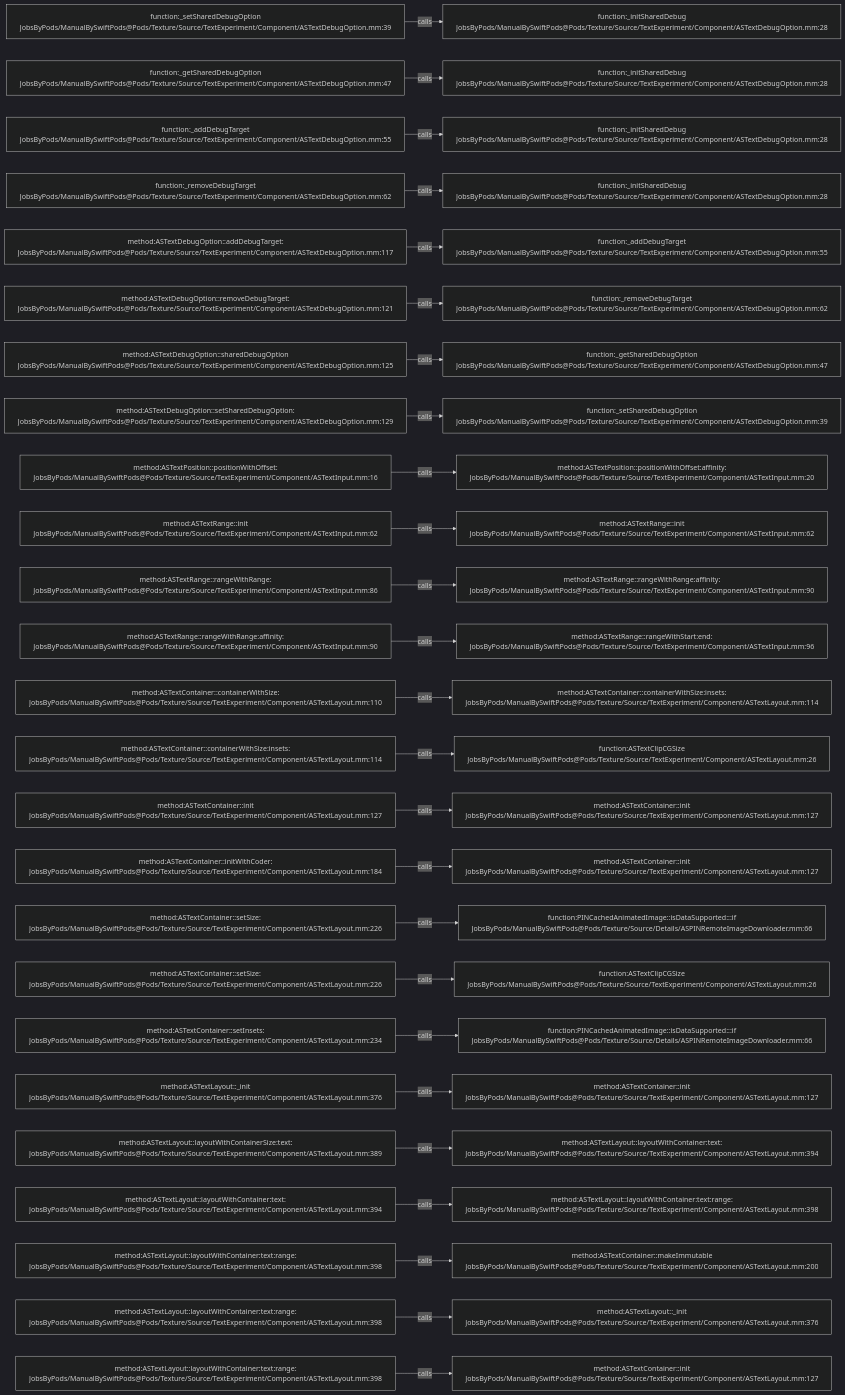
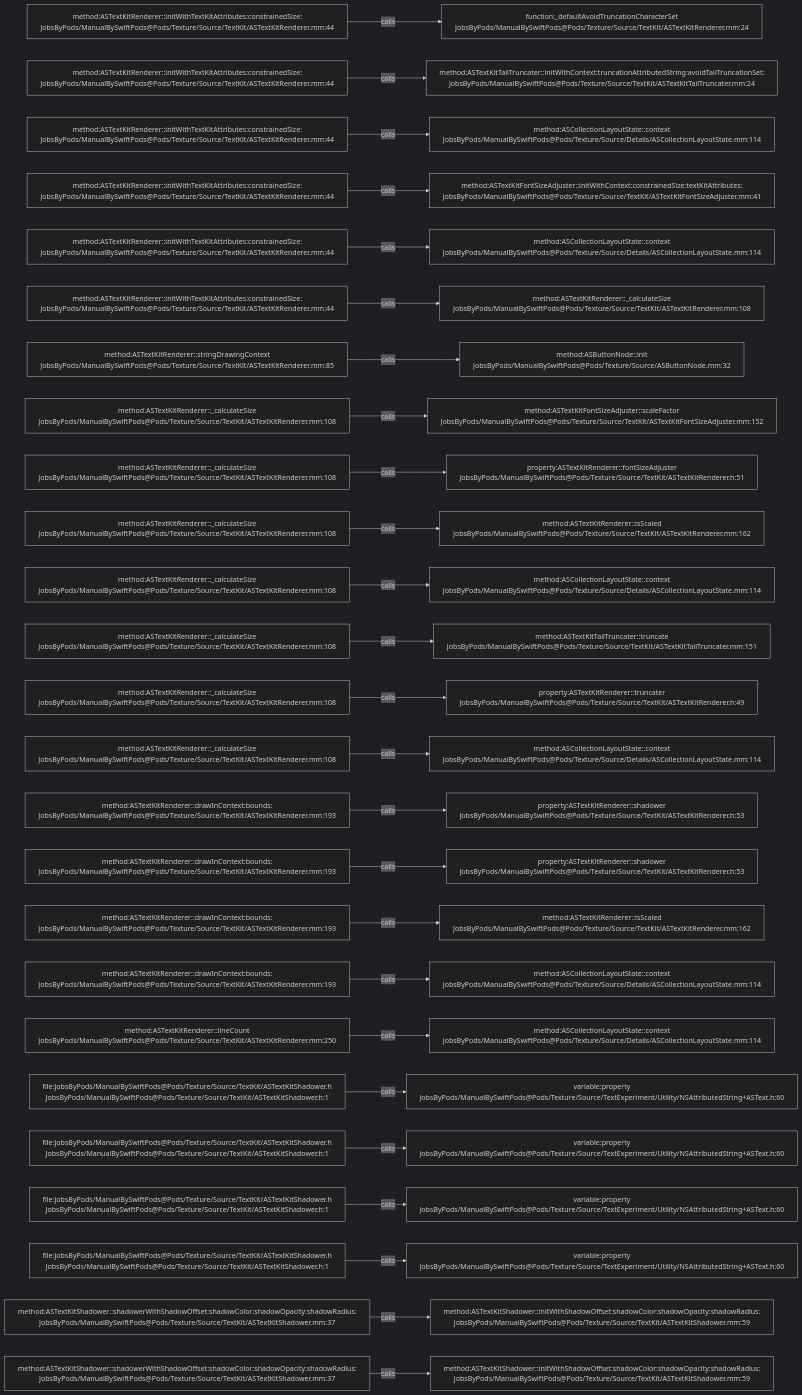
Before and after one commit to JobsKits/JobsSwiftBaseConfigDemo: the diagram in .codegraph/codegraph.md/graphs/calls-150.md, drawn with Mermaid (dark theme). The commit also changed 832 other files, not shown here.

````diff
--- a/.codegraph/codegraph.md/graphs/calls-150.md
+++ b/.codegraph/codegraph.md/graphs/calls-150.md
@@ -13,78 +13,78 @@
 ```mermaid
 flowchart LR
-  S1["function:_setSharedDebugOption<br/>JobsByPods/ManualBySwiftPods@Pods/Texture/Source/TextExperiment/Component/ASTextDebugOption.mm:39"]
-  T1["function:_initSharedDebug<br/>JobsByPods/ManualBySwiftPods@Pods/Texture/Source/TextExperiment/Component/ASTextDebugOption.mm:28"]
+  S1["method:ASTextKitRenderer::initWithTextKitAttributes:constrainedSize:<br/>JobsByPods/ManualBySwiftPods@Pods/Texture/Source/TextKit/ASTextKitRenderer.mm:44"]
+  T1["function:_defaultAvoidTruncationCharacterSet<br/>JobsByPods/ManualBySwiftPods@Pods/Texture/Source/TextKit/ASTextKitRenderer.mm:24"]
   S1 -->|calls| T1
-  S2["function:_getSharedDebugOption<br/>JobsByPods/ManualBySwiftPods@Pods/Texture/Source/TextExperiment/Component/ASTextDebugOption.mm:47"]
-  T2["function:_initSharedDebug<br/>JobsByPods/ManualBySwiftPods@Pods/Texture/Source/TextExperiment/Component/ASTextDebugOption.mm:28"]
+  S2["method:ASTextKitRenderer::initWithTextKitAttributes:constrainedSize:<br/>JobsByPods/ManualBySwiftPods@Pods/Texture/Source/TextKit/ASTextKitRenderer.mm:44"]
+  T2["method:ASTextKitTailTruncater::initWithContext:truncationAttributedString:avoidTailTruncationSet:<br/>JobsByPods/ManualBySwiftPods@Pods/Texture/Source/TextKit/ASTextKitTailTruncater.mm:24"]
   S2 -->|calls| T2
-  S3["function:_addDebugTarget<br/>JobsByPods/ManualBySwiftPods@Pods/Texture/Source/TextExperiment/Component/ASTextDebugOption.mm:55"]
-  T3["function:_initSharedDebug<br/>JobsByPods/ManualBySwiftPods@Pods/Texture/Source/TextExperiment/Component/ASTextDebugOption.mm:28"]
+  S3["method:ASTextKitRenderer::initWithTextKitAttributes:constrainedSize:<br/>JobsByPods/ManualBySwiftPods@Pods/Texture/Source/TextKit/ASTextKitRenderer.mm:44"]
+  T3["method:ASCollectionLayoutState::context<br/>JobsByPods/ManualBySwiftPods@Pods/Texture/Source/Details/ASCollectionLayoutState.mm:114"]
   S3 -->|calls| T3
-  S4["function:_removeDebugTarget<br/>JobsByPods/ManualBySwiftPods@Pods/Texture/Source/TextExperiment/Component/ASTextDebugOption.mm:62"]
-  T4["function:_initSharedDebug<br/>JobsByPods/ManualBySwiftPods@Pods/Texture/Source/TextExperiment/Component/ASTextDebugOption.mm:28"]
+  S4["method:ASTextKitRenderer::initWithTextKitAttributes:constrainedSize:<br/>JobsByPods/ManualBySwiftPods@Pods/Texture/Source/TextKit/ASTextKitRenderer.mm:44"]
+  T4["method:ASTextKitFontSizeAdjuster::initWithContext:constrainedSize:textKitAttributes:<br/>JobsByPods/ManualBySwiftPods@Pods/Texture/Source/TextKit/ASTextKitFontSizeAdjuster.mm:41"]
   S4 -->|calls| T4
-  S5["method:ASTextDebugOption::addDebugTarget:<br/>JobsByPods/ManualBySwiftPods@Pods/Texture/Source/TextExperiment/Component/ASTextDebugOption.mm:117"]
-  T5["function:_addDebugTarget<br/>JobsByPods/ManualBySwiftPods@Pods/Texture/Source/TextExperiment/Component/ASTextDebugOption.mm:55"]
+  S5["method:ASTextKitRenderer::initWithTextKitAttributes:constrainedSize:<br/>JobsByPods/ManualBySwiftPods@Pods/Texture/Source/TextKit/ASTextKitRenderer.mm:44"]
+  T5["method:ASCollectionLayoutState::context<br/>JobsByPods/ManualBySwiftPods@Pods/Texture/Source/Details/ASCollectionLayoutState.mm:114"]
   S5 -->|calls| T5
-  S6["method:ASTextDebugOption::removeDebugTarget:<br/>JobsByPods/ManualBySwiftPods@Pods/Texture/Source/TextExperiment/Component/ASTextDebugOption.mm:121"]
-  T6["function:_removeDebugTarget<br/>JobsByPods/ManualBySwiftPods@Pods/Texture/Source/TextExperiment/Component/ASTextDebugOption.mm:62"]
+  S6["method:ASTextKitRenderer::initWithTextKitAttributes:constrainedSize:<br/>JobsByPods/ManualBySwiftPods@Pods/Texture/Source/TextKit/ASTextKitRenderer.mm:44"]
+  T6["method:ASTextKitRenderer::_calculateSize<br/>JobsByPods/ManualBySwiftPods@Pods/Texture/Source/TextKit/ASTextKitRenderer.mm:108"]
   S6 -->|calls| T6
-  S7["method:ASTextDebugOption::sharedDebugOption<br/>JobsByPods/ManualBySwiftPods@Pods/Texture/Source/TextExperiment/Component/ASTextDebugOption.mm:125"]
-  T7["function:_getSharedDebugOption<br/>JobsByPods/ManualBySwiftPods@Pods/Texture/Source/TextExperiment/Component/ASTextDebugOption.mm:47"]
+  S7["method:ASTextKitRenderer::stringDrawingContext<br/>JobsByPods/ManualBySwiftPods@Pods/Texture/Source/TextKit/ASTextKitRenderer.mm:85"]
+  T7["method:ASButtonNode::init<br/>JobsByPods/ManualBySwiftPods@Pods/Texture/Source/ASButtonNode.mm:32"]
   S7 -->|calls| T7
-  S8["method:ASTextDebugOption::setSharedDebugOption:<br/>JobsByPods/ManualBySwiftPods@Pods/Texture/Source/TextExperiment/Component/ASTextDebugOption.mm:129"]
-  T8["function:_setSharedDebugOption<br/>JobsByPods/ManualBySwiftPods@Pods/Texture/Source/TextExperiment/Component/ASTextDebugOption.mm:39"]
+  S8["method:ASTextKitRenderer::_calculateSize<br/>JobsByPods/ManualBySwiftPods@Pods/Texture/Source/TextKit/ASTextKitRenderer.mm:108"]
+  T8["method:ASTextKitFontSizeAdjuster::scaleFactor<br/>JobsByPods/ManualBySwiftPods@Pods/Texture/Source/TextKit/ASTextKitFontSizeAdjuster.mm:152"]
   S8 -->|calls| T8
-  S9["method:ASTextPosition::positionWithOffset:<br/>JobsByPods/ManualBySwiftPods@Pods/Texture/Source/TextExperiment/Component/ASTextInput.mm:16"]
-  T9["method:ASTextPosition::positionWithOffset:affinity:<br/>JobsByPods/ManualBySwiftPods@Pods/Texture/Source/TextExperiment/Component/ASTextInput.mm:20"]
+  S9["method:ASTextKitRenderer::_calculateSize<br/>JobsByPods/ManualBySwiftPods@Pods/Texture/Source/TextKit/ASTextKitRenderer.mm:108"]
+  T9["property:ASTextKitRenderer::fontSizeAdjuster<br/>JobsByPods/ManualBySwiftPods@Pods/Texture/Source/TextKit/ASTextKitRenderer.h:51"]
   S9 -->|calls| T9
-  S10["method:ASTextRange::init<br/>JobsByPods/ManualBySwiftPods@Pods/Texture/Source/TextExperiment/Component/ASTextInput.mm:62"]
-  T10["method:ASTextRange::init<br/>JobsByPods/ManualBySwiftPods@Pods/Texture/Source/TextExperiment/Component/ASTextInput.mm:62"]
+  S10["method:ASTextKitRenderer::_calculateSize<br/>JobsByPods/ManualBySwiftPods@Pods/Texture/Source/TextKit/ASTextKitRenderer.mm:108"]
+  T10["method:ASTextKitRenderer::isScaled<br/>JobsByPods/ManualBySwiftPods@Pods/Texture/Source/TextKit/ASTextKitRenderer.mm:162"]
   S10 -->|calls| T10
-  S11["method:ASTextRange::rangeWithRange:<br/>JobsByPods/ManualBySwiftPods@Pods/Texture/Source/TextExperiment/Component/ASTextInput.mm:86"]
-  T11["method:ASTextRange::rangeWithRange:affinity:<br/>JobsByPods/ManualBySwiftPods@Pods/Texture/Source/TextExperiment/Component/ASTextInput.mm:90"]
+  S11["method:ASTextKitRenderer::_calculateSize<br/>JobsByPods/ManualBySwiftPods@Pods/Texture/Source/TextKit/ASTextKitRenderer.mm:108"]
+  T11["method:ASCollectionLayoutState::context<br/>JobsByPods/ManualBySwiftPods@Pods/Texture/Source/Details/ASCollectionLayoutState.mm:114"]
   S11 -->|calls| T11
-  S12["method:ASTextRange::rangeWithRange:affinity:<br/>JobsByPods/ManualBySwiftPods@Pods/Texture/Source/TextExperiment/Component/ASTextInput.mm:90"]
-  T12["method:ASTextRange::rangeWithStart:end:<br/>JobsByPods/ManualBySwiftPods@Pods/Texture/Source/TextExperiment/Component/ASTextInput.mm:96"]
+  S12["method:ASTextKitRenderer::_calculateSize<br/>JobsByPods/ManualBySwiftPods@Pods/Texture/Source/TextKit/ASTextKitRenderer.mm:108"]
+  T12["method:ASTextKitTailTruncater::truncate<br/>JobsByPods/ManualBySwiftPods@Pods/Texture/Source/TextKit/ASTextKitTailTruncater.mm:151"]
   S12 -->|calls| T12
-  S13["method:ASTextContainer::containerWithSize:<br/>JobsByPods/ManualBySwiftPods@Pods/Texture/Source/TextExperiment/Component/ASTextLayout.mm:110"]
-  T13["method:ASTextContainer::containerWithSize:insets:<br/>JobsByPods/ManualBySwiftPods@Pods/Texture/Source/TextExperiment/Component/ASTextLayout.mm:114"]
+  S13["method:ASTextKitRenderer::_calculateSize<br/>JobsByPods/ManualBySwiftPods@Pods/Texture/Source/TextKit/ASTextKitRenderer.mm:108"]
+  T13["property:ASTextKitRenderer::truncater<br/>JobsByPods/ManualBySwiftPods@Pods/Texture/Source/TextKit/ASTextKitRenderer.h:49"]
   S13 -->|calls| T13
-  S14["method:ASTextContainer::containerWithSize:insets:<br/>JobsByPods/ManualBySwiftPods@Pods/Texture/Source/TextExperiment/Component/ASTextLayout.mm:114"]
-  T14["function:ASTextClipCGSize<br/>JobsByPods/ManualBySwiftPods@Pods/Texture/Source/TextExperiment/Component/ASTextLayout.mm:26"]
+  S14["method:ASTextKitRenderer::_calculateSize<br/>JobsByPods/ManualBySwiftPods@Pods/Texture/Source/TextKit/ASTextKitRenderer.mm:108"]
+  T14["method:ASCollectionLayoutState::context<br/>JobsByPods/ManualBySwiftPods@Pods/Texture/Source/Details/ASCollectionLayoutState.mm:114"]
   S14 -->|calls| T14
-  S15["method:ASTextContainer::init<br/>JobsByPods/ManualBySwiftPods@Pods/Texture/Source/TextExperiment/Component/ASTextLayout.mm:127"]
-  T15["method:ASTextContainer::init<br/>JobsByPods/ManualBySwiftPods@Pods/Texture/Source/TextExperiment/Component/ASTextLayout.mm:127"]
+  S15["method:ASTextKitRenderer::drawInContext:bounds:<br/>JobsByPods/ManualBySwiftPods@Pods/Texture/Source/TextKit/ASTextKitRenderer.mm:193"]
+  T15["property:ASTextKitRenderer::shadower<br/>JobsByPods/ManualBySwiftPods@Pods/Texture/Source/TextKit/ASTextKitRenderer.h:53"]
   S15 -->|calls| T15
-  S16["method:ASTextContainer::initWithCoder:<br/>JobsByPods/ManualBySwiftPods@Pods/Texture/Source/TextExperiment/Component/ASTextLayout.mm:184"]
-  T16["method:ASTextContainer::init<br/>JobsByPods/ManualBySwiftPods@Pods/Texture/Source/TextExperiment/Component/ASTextLayout.mm:127"]
+  S16["method:ASTextKitRenderer::drawInContext:bounds:<br/>JobsByPods/ManualBySwiftPods@Pods/Texture/Source/TextKit/ASTextKitRenderer.mm:193"]
+  T16["property:ASTextKitRenderer::shadower<br/>JobsByPods/ManualBySwiftPods@Pods/Texture/Source/TextKit/ASTextKitRenderer.h:53"]
   S16 -->|calls| T16
-  S17["method:ASTextContainer::setSize:<br/>JobsByPods/ManualBySwiftPods@Pods/Texture/Source/TextExperiment/Component/ASTextLayout.mm:226"]
-  T17["function:PINCachedAnimatedImage::isDataSupported:::if<br/>JobsByPods/ManualBySwiftPods@Pods/Texture/Source/Details/ASPINRemoteImageDownloader.mm:66"]
+  S17["method:ASTextKitRenderer::drawInContext:bounds:<br/>JobsByPods/ManualBySwiftPods@Pods/Texture/Source/TextKit/ASTextKitRenderer.mm:193"]
+  T17["method:ASTextKitRenderer::isScaled<br/>JobsByPods/ManualBySwiftPods@Pods/Texture/Source/TextKit/ASTextKitRenderer.mm:162"]
   S17 -->|calls| T17
-  S18["method:ASTextContainer::setSize:<br/>JobsByPods/ManualBySwiftPods@Pods/Texture/Source/TextExperiment/Component/ASTextLayout.mm:226"]
-  T18["function:ASTextClipCGSize<br/>JobsByPods/ManualBySwiftPods@Pods/Texture/Source/TextExperiment/Component/ASTextLayout.mm:26"]
+  S18["method:ASTextKitRenderer::drawInContext:bounds:<br/>JobsByPods/ManualBySwiftPods@Pods/Texture/Source/TextKit/ASTextKitRenderer.mm:193"]
+  T18["method:ASCollectionLayoutState::context<br/>JobsByPods/ManualBySwiftPods@Pods/Texture/Source/Details/ASCollectionLayoutState.mm:114"]
   S18 -->|calls| T18
-  S19["method:ASTextContainer::setInsets:<br/>JobsByPods/ManualBySwiftPods@Pods/Texture/Source/TextExperiment/Component/ASTextLayout.mm:234"]
-  T19["function:PINCachedAnimatedImage::isDataSupported:::if<br/>JobsByPods/ManualBySwiftPods@Pods/Texture/Source/Details/ASPINRemoteImageDownloader.mm:66"]
+  S19["method:ASTextKitRenderer::lineCount<br/>JobsByPods/ManualBySwiftPods@Pods/Texture/Source/TextKit/ASTextKitRenderer.mm:250"]
+  T19["method:ASCollectionLayoutState::context<br/>JobsByPods/ManualBySwiftPods@Pods/Texture/Source/Details/ASCollectionLayoutState.mm:114"]
   S19 -->|calls| T19
-  S20["method:ASTextLayout::_init<br/>JobsByPods/ManualBySwiftPods@Pods/Texture/Source/TextExperiment/Component/ASTextLayout.mm:376"]
-  T20["method:ASTextContainer::init<br/>JobsByPods/ManualBySwiftPods@Pods/Texture/Source/TextExperiment/Component/ASTextLayout.mm:127"]
+  S20["file:JobsByPods/ManualBySwiftPods@Pods/Texture/Source/TextKit/ASTextKitShadower.h<br/>JobsByPods/ManualBySwiftPods@Pods/Texture/Source/TextKit/ASTextKitShadower.h:1"]
+  T20["variable:property<br/>JobsByPods/ManualBySwiftPods@Pods/Texture/Source/TextExperiment/Utility/NSAttributedString+ASText.h:60"]
   S20 -->|calls| T20
-  S21["method:ASTextLayout::layoutWithContainerSize:text:<br/>JobsByPods/ManualBySwiftPods@Pods/Texture/Source/TextExperiment/Component/ASTextLayout.mm:389"]
-  T21["method:ASTextLayout::layoutWithContainer:text:<br/>JobsByPods/ManualBySwiftPods@Pods/Texture/Source/TextExperiment/Component/ASTextLayout.mm:394"]
+  S21["file:JobsByPods/ManualBySwiftPods@Pods/Texture/Source/TextKit/ASTextKitShadower.h<br/>JobsByPods/ManualBySwiftPods@Pods/Texture/Source/TextKit/ASTextKitShadower.h:1"]
+  T21["variable:property<br/>JobsByPods/ManualBySwiftPods@Pods/Texture/Source/TextExperiment/Utility/NSAttributedString+ASText.h:60"]
   S21 -->|calls| T21
-  S22["method:ASTextLayout::layoutWithContainer:text:<br/>JobsByPods/ManualBySwiftPods@Pods/Texture/Source/TextExperiment/Component/ASTextLayout.mm:394"]
-  T22["method:ASTextLayout::layoutWithContainer:text:range:<br/>JobsByPods/ManualBySwiftPods@Pods/Texture/Source/TextExperiment/Component/ASTextLayout.mm:398"]
+  S22["file:JobsByPods/ManualBySwiftPods@Pods/Texture/Source/TextKit/ASTextKitShadower.h<br/>JobsByPods/ManualBySwiftPods@Pods/Texture/Source/TextKit/ASTextKitShadower.h:1"]
+  T22["variable:property<br/>JobsByPods/ManualBySwiftPods@Pods/Texture/Source/TextExperiment/Utility/NSAttributedString+ASText.h:60"]
   S22 -->|calls| T22
-  S23["method:ASTextLayout::layoutWithContainer:text:range:<br/>JobsByPods/ManualBySwiftPods@Pods/Texture/Source/TextExperiment/Component/ASTextLayout.mm:398"]
-  T23["method:ASTextContainer::makeImmutable<br/>JobsByPods/ManualBySwiftPods@Pods/Texture/Source/TextExperiment/Component/ASTextLayout.mm:200"]
+  S23["file:JobsByPods/ManualBySwiftPods@Pods/Texture/Source/TextKit/ASTextKitShadower.h<br/>JobsByPods/ManualBySwiftPods@Pods/Texture/Source/TextKit/ASTextKitShadower.h:1"]
+  T23["variable:property<br/>JobsByPods/ManualBySwiftPods@Pods/Texture/Source/TextExperiment/Utility/NSAttributedString+ASText.h:60"]
   S23 -->|calls| T23
-  S24["method:ASTextLayout::layoutWithContainer:text:range:<br/>JobsByPods/ManualBySwiftPods@Pods/Texture/Source/TextExperiment/Component/ASTextLayout.mm:398"]
-  T24["method:ASTextLayout::_init<br/>JobsByPods/ManualBySwiftPods@Pods/Texture/Source/TextExperiment/Component/ASTextLayout.mm:376"]
+  S24["method:ASTextKitShadower::shadowerWithShadowOffset:shadowColor:shadowOpacity:shadowRadius:<br/>JobsByPods/ManualBySwiftPods@Pods/Texture/Source/TextKit/ASTextKitShadower.mm:37"]
+  T24["method:ASTextKitShadower::initWithShadowOffset:shadowColor:shadowOpacity:shadowRadius:<br/>JobsByPods/ManualBySwiftPods@Pods/Texture/Source/TextKit/ASTextKitShadower.mm:59"]
   S24 -->|calls| T24
-  S25["method:ASTextLayout::layoutWithContainer:text:range:<br/>JobsByPods/ManualBySwiftPods@Pods/Texture/Source/TextExperiment/Component/ASTextLayout.mm:398"]
-  T25["method:ASTextContainer::init<br/>JobsByPods/ManualBySwiftPods@Pods/Texture/Source/TextExperiment/Component/ASTextLayout.mm:127"]
+  S25["method:ASTextKitShadower::shadowerWithShadowOffset:shadowColor:shadowOpacity:shadowRadius:<br/>JobsByPods/ManualBySwiftPods@Pods/Texture/Source/TextKit/ASTextKitShadower.mm:37"]
+  T25["method:ASTextKitShadower::initWithShadowOffset:shadowColor:shadowOpacity:shadowRadius:<br/>JobsByPods/ManualBySwiftPods@Pods/Texture/Source/TextKit/ASTextKitShadower.mm:59"]
   S25 -->|calls| T25
 ```
````
